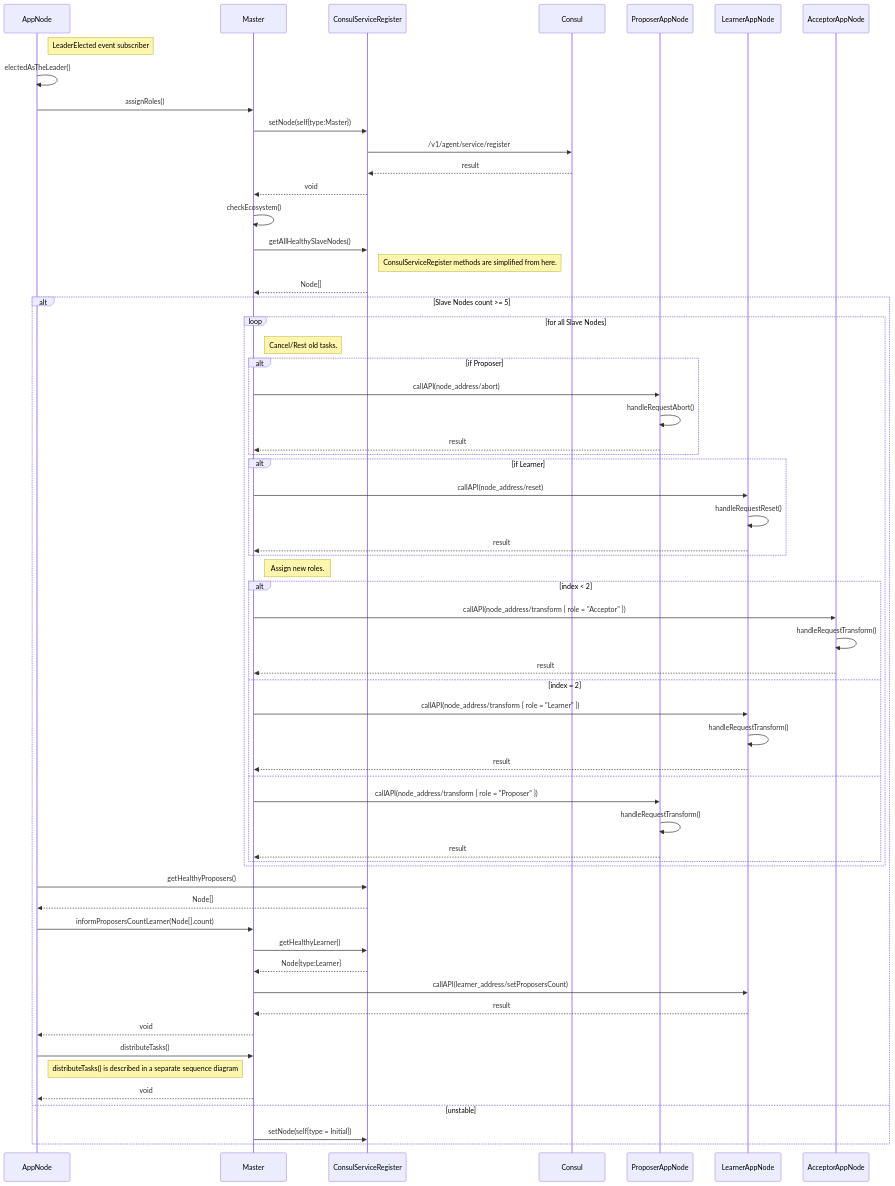
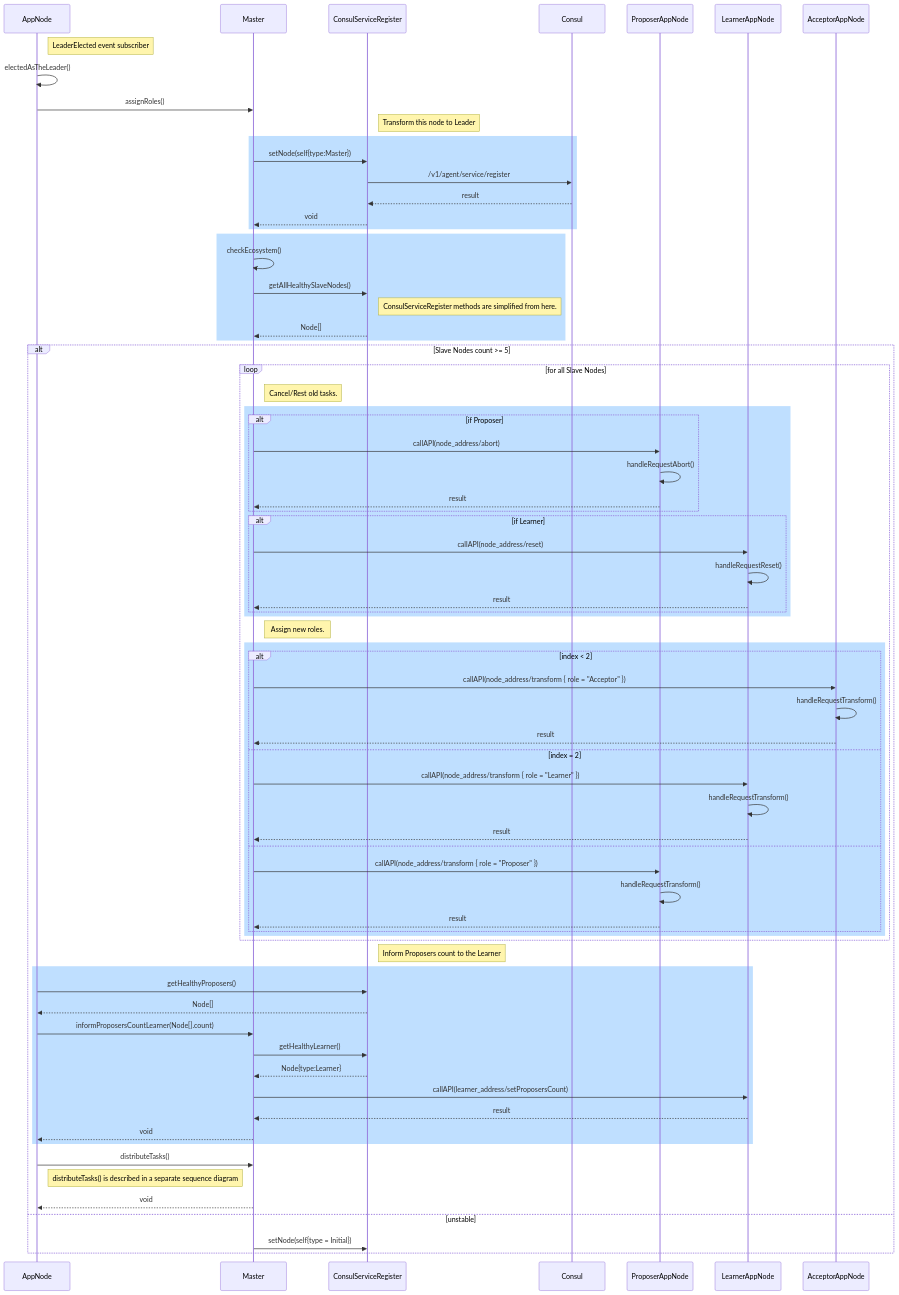
The diagram in docs/diagrams/seq-diagram-roles-assignment.mmd (Kantha-Liyanage/DC-Assignment-Prime-Numbers), drawn with Mermaid before and after one commit. The commit also changed 1 other file, not shown here.

```diff
--- a/docs/diagrams/seq-diagram-roles-assignment.mmd
+++ b/docs/diagrams/seq-diagram-roles-assignment.mmd
@@ -1,72 +1,84 @@
 sequenceDiagram 
 
 # Node elected as the leader
 Note right of AppNode : LeaderElected event subscriber
 AppNode ->> AppNode : electedAsTheLeader()
 AppNode ->> Master : assignRoles()
 
 # Transform this node to Leader
+Note right of ConsulServiceRegister : Transform this node to Leader
+rect rgb(191, 223, 255)
 Master ->> ConsulServiceRegister : setNode(self{type:Master})
 ConsulServiceRegister ->> Consul : /v1/agent/service/register
 Consul -->> ConsulServiceRegister : result
 ConsulServiceRegister -->> Master : void
+end
 
 # Check ecosystem 
+rect rgb(191, 223, 255)
 Master ->> Master : checkEcosystem()
 Master ->> ConsulServiceRegister : getAllHealthySlaveNodes()
 Note right of ConsulServiceRegister : ConsulServiceRegister methods are simplified from here. 
 ConsulServiceRegister -->> Master : Node[]
+end
 
 # Assign other roles to slave nodes
 alt Slave Nodes count >= 5
     loop for all Slave Nodes
         # Cancel/Rest old tasks
         Note right of Master : Cancel/Rest old tasks. 
+        rect rgb(191, 223, 255)
         alt if Proposer
             Master ->> ProposerAppNode : callAPI(node_address/abort)
             ProposerAppNode ->> ProposerAppNode : handleRequestAbort()
             ProposerAppNode -->> Master : result
         end
         alt if Learner
             Master ->> LearnerAppNode : callAPI(node_address/reset)
             LearnerAppNode ->> LearnerAppNode: handleRequestReset()
             LearnerAppNode -->> Master : result
         end
+        end
 
         # Assign new roles
         Note right of Master : Assign new roles.
+        rect rgb(191, 223, 255)
         alt index < 2
             Master ->> AcceptorAppNode : callAPI(node_address/transform { role = "Acceptor" })
             AcceptorAppNode ->> AcceptorAppNode : handleRequestTransform()
             AcceptorAppNode -->> Master : result
         else index = 2
             Master ->> LearnerAppNode : callAPI(node_address/transform { role = "Learner" })
             LearnerAppNode ->> LearnerAppNode : handleRequestTransform()
             LearnerAppNode -->> Master : result
         else 
             Master ->> ProposerAppNode : callAPI(node_address/transform { role = "Proposer" })
             ProposerAppNode ->> ProposerAppNode : handleRequestTransform()
             ProposerAppNode -->> Master : result
         end
+        end
     end
     
     # Get appointed Proposers
+     Note right of ConsulServiceRegister : Inform Proposers count to the Learner
+    rect rgb(191, 223, 255)
     AppNode ->> ConsulServiceRegister : getHealthyProposers()
     ConsulServiceRegister -->> AppNode : Node[]
 
     # Inform number of Proposers in the ecosystem to the Learner
     AppNode ->> Master : informProposersCountLearner(Node[].count)
     Master ->> ConsulServiceRegister : getHealthyLearner()
     ConsulServiceRegister -->> Master : Node{type:Learner}
     Master ->> LearnerAppNode : callAPI(learner_address/setProposersCount)
     LearnerAppNode -->> Master : result
     Master -->> AppNode : void
+    end
 
     # Distribute tasks
     AppNode ->> Master : distributeTasks()
     Note right of AppNode : distributeTasks() is described in a separate sequence diagram
     Master -->> AppNode : void
 else unstable
     # Ecosystem unstable
     Master ->> ConsulServiceRegister : setNode(self{type = Initial})
 end
```
